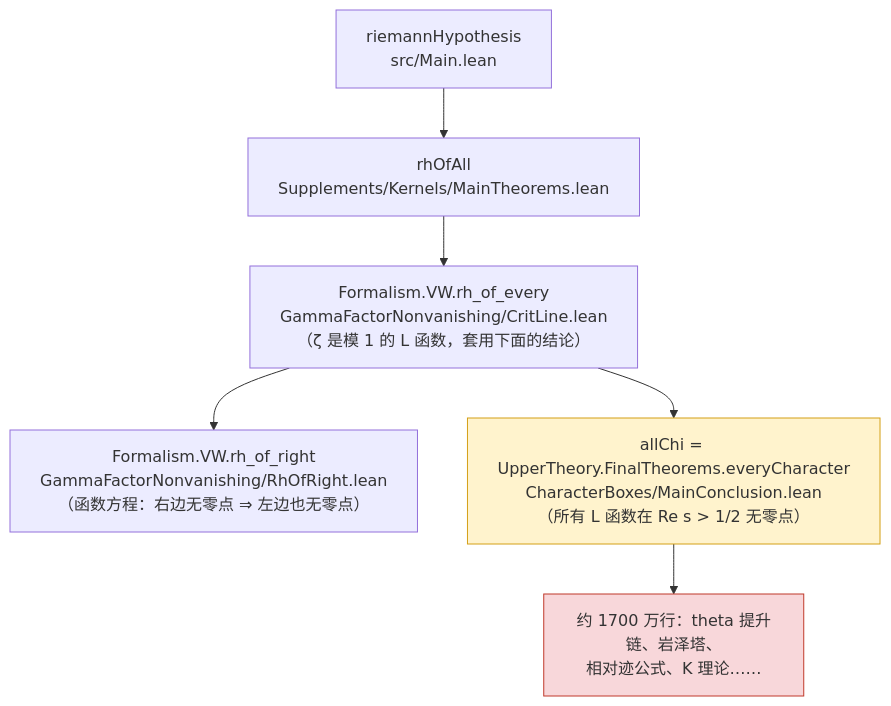
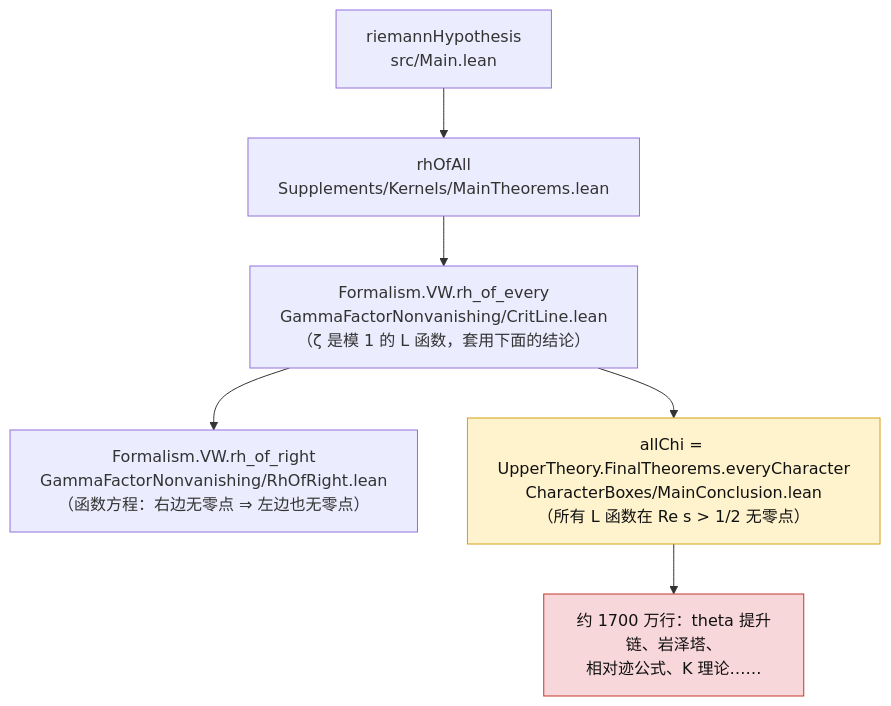
The diagram in docs/03-Lean陈述逐行解读.md (Reen-Ai-H/riemann-hypothesis-lean-zh), drawn with Mermaid before and after one commit. The commit also changed 1 other file, not shown here.

Commit message:
文档：证明链条图改为纵向布局，深色模式下文字可读

````diff
--- a/docs/03-Lean陈述逐行解读.md
+++ b/docs/03-Lean陈述逐行解读.md
@@ -112,10 +112,10 @@
 ```mermaid
 flowchart TD
     A["riemannHypothesis<br/>src/Main.lean"] --> B["rhOfAll<br/>Supplements/Kernels/MainTheorems.lean"]
     B --> C["Formalism.VW.rh_of_every<br/>GammaFactorNonvanishing/CritLine.lean<br/>（ζ 是模 1 的 L 函数，套用下面的结论）"]
     C --> D["Formalism.VW.rh_of_right<br/>GammaFactorNonvanishing/RhOfRight.lean<br/>（函数方程：右边无零点 ⇒ 左边也无零点）"]
     C --> E["allChi = UpperTheory.FinalTheorems.everyCharacter<br/>CharacterBoxes/MainConclusion.lean<br/>（所有 L 函数在 Re s > 1/2 无零点）"]
     E --> F["约 1700 万行：theta 提升链、岩泽塔、<br/>相对迹公式、K 理论……"]
-    style E fill:#fff3cd,stroke:#d4a017
-    style F fill:#f8d7da,stroke:#c0392b
+    style E fill:#fff3cd,stroke:#d4a017,color:#111
+    style F fill:#f8d7da,stroke:#c0392b,color:#111
 ```
````
